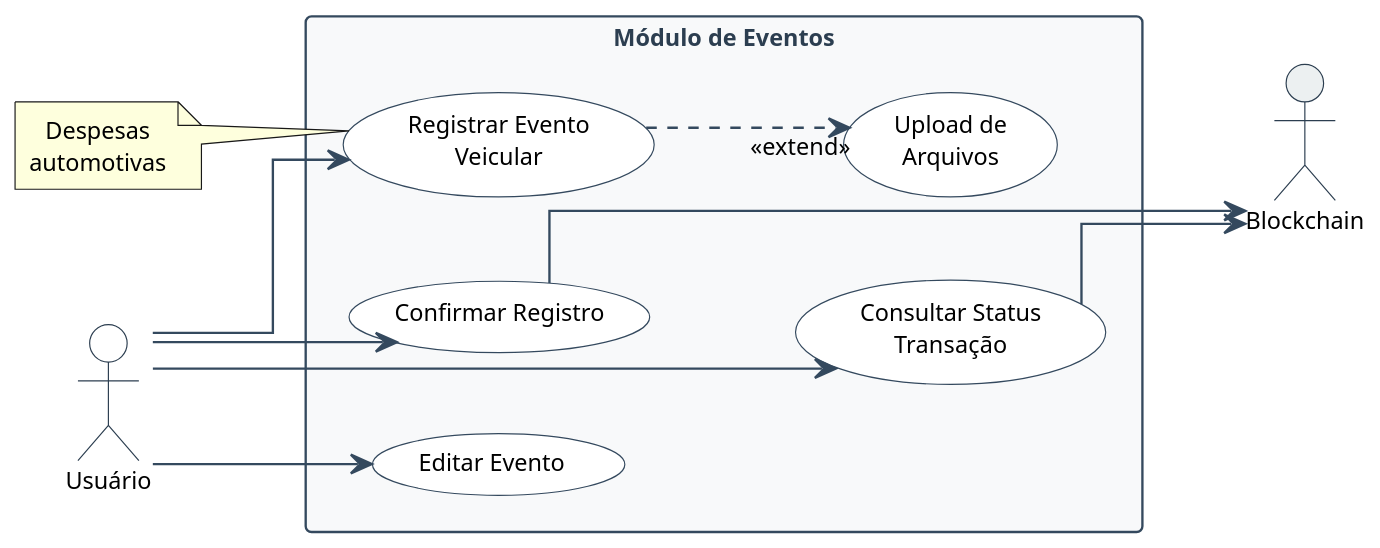
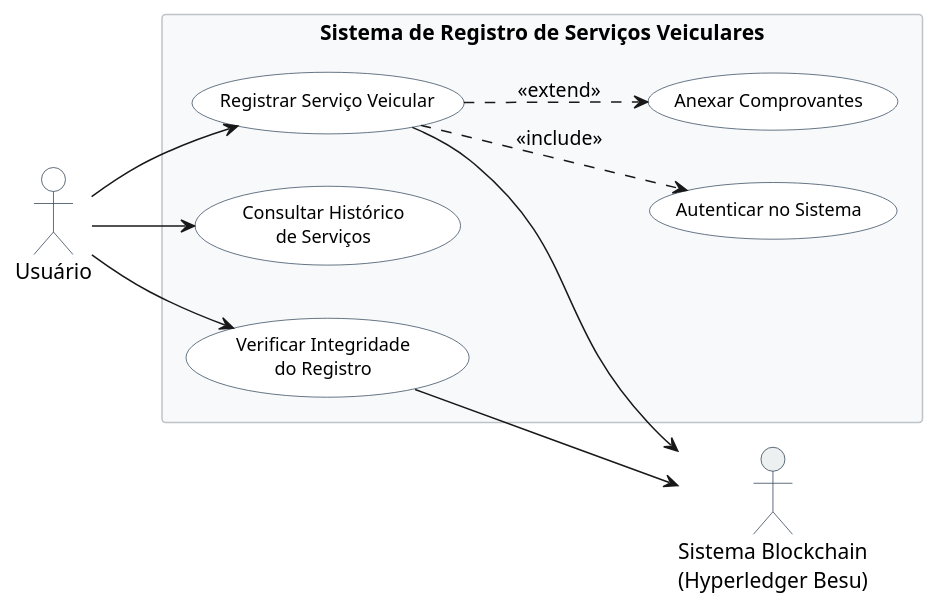
Before and after one commit to Pellegr1n1/autologger-services: the diagram in docs/use_case_diagram/event_module.puml, drawn with PlantUML. The commit also changed 13 other files, not shown here.

Commit message:
resolve BlockchainModule test dependencies

```diff
--- a/docs/use_case_diagram/event_module.puml
+++ b/docs/use_case_diagram/event_module.puml
@@ -1,64 +1,42 @@
-@startuml event_module
+@startuml vehicle_service_use_case
 
 left to right direction
 
 skinparam {
     usecaseFontSize 12
-    usecaseFontName "Segoe UI"
     usecaseBackgroundColor #FFFFFF
     usecaseBorderColor #34495E
     actorBackgroundColor #FFFFFF
     actorBorderColor #2C3E50
-    actorFontName "Segoe UI"
-    actorFontSize 12
-    arrowColor #34495E
     rectangleBackgroundColor #F8F9FA
     rectangleBorderColor #BDC3C7
-    rectangleFontColor #2C3E50
-    rectangleFontName "Segoe UI"
-    rectangleFontSize 13
-    defaultTextAlignment center
-    wrapWidth 200
-    dpi 150
-    shadowing false
-    linetype ortho
-    defaultFontName "Segoe UI"
-    defaultFontSize 10
-    packageBorderColor #34495E
-    packageBackgroundColor #F8F9FA
 }
 
-actor "Usuário" as User #FFFFFF
-actor "Blockchain" as Blockchain #ECF0F1
+actor "Usuário" as User
+actor "Sistema Blockchain\n(Hyperledger Besu)" as Blockchain #ECF0F1
 
-rectangle "Módulo de Eventos" #F8F9FA {
+rectangle "Sistema de Registro de Serviços Veiculares" {
     
-    (Registrar Evento\nVeicular) as UC05
-    (Confirmar Registro) as UC09
-    (Editar Evento) as UC15
+    (Registrar Serviço Veicular) as UC_Main
+    (Autenticar no Sistema) as UC_Auth
+    (Anexar Comprovantes) as UC_Attach
+    (Consultar Histórico\nde Serviços) as UC_History
+    (Verificar Integridade\ndo Registro) as UC_Verify
     
-    UC05 -[hidden]right- UC09
-    UC09 -[hidden]right- UC15
-    
-    (Upload de\nArquivos) as UC07
-    (Consultar Status\nTransação) as UC11
-    
-    UC05 -[hidden]down- UC07
-    UC09 -[hidden]down- UC11
-    
-    UC07 -[hidden]right- UC11
 }
 
-User --> UC05
-User --> UC09
-User --> UC15
-User --> UC11
+' Relacionamentos com atores
+User --> UC_Main
+User --> UC_History
+User --> UC_Verify
 
-UC05 ..> UC07 : <<extend>>
+' Blockchain como sistema externo
+UC_Main --> Blockchain
+UC_Verify --> Blockchain 
 
-UC09 --> Blockchain
-UC11 --> Blockchain
+' Relacionamentos entre casos de uso
+UC_Main ..> UC_Auth : <<include>>
+UC_Main ..> UC_Attach : <<extend>>
 
-note left of UC05 : Despesas\nautomotivas
 
 @enduml
```
